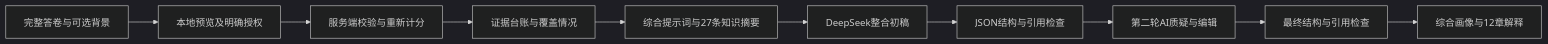
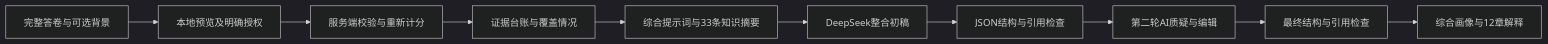
One commit to wangkeyu-u/ui-gallery changed the diagram in inner-atlas/docs/AI_ANALYSIS.md. Above: the diagram before and after it, drawn with Mermaid (dark theme). The commit also changed other lines of this file and 21 other files, not shown here.

````diff
--- a/inner-atlas/docs/AI_ANALYSIS.md
+++ b/inner-atlas/docs/AI_ANALYSIS.md
@@ -30,12 +30,12 @@
 ```mermaid
 flowchart LR
  A[完整答卷与可选背景] --> B[本地预览及明确授权]
  B --> C[服务端校验与重新计分]
  C --> D[证据台账与覆盖情况]
- D --> E[综合提示词与27条知识摘要]
+ D --> E[综合提示词与33条知识摘要]
  E --> F[DeepSeek整合初稿]
  F --> G[JSON结构与引用检查]
  G --> R[第二轮AI质疑与编辑]
  R --> V[最终结构与引用检查]
  V --> H[综合画像与12章解释]
 ```
````
